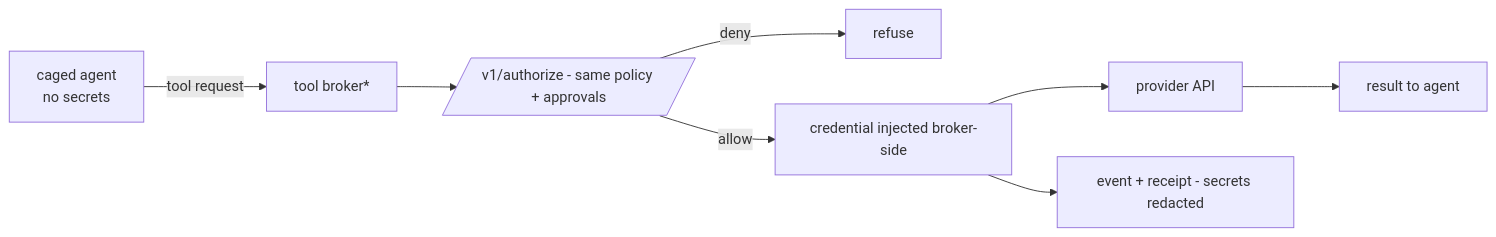
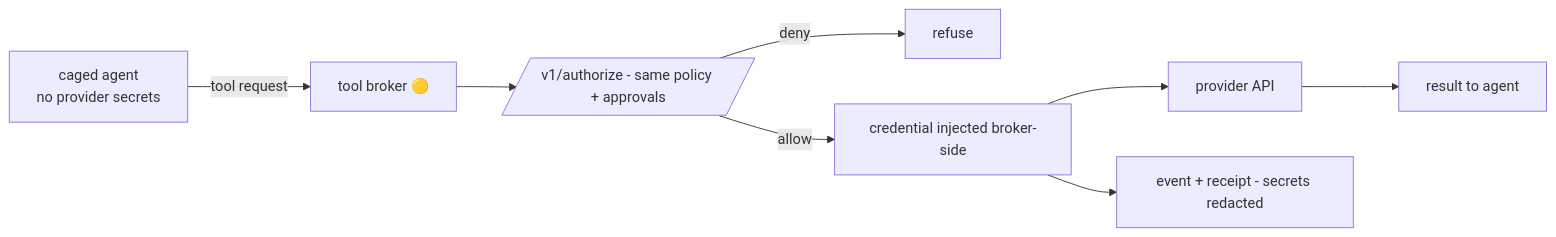
Before and after one commit to lavkushry/AegisAgent: the diagram in docs/flows/Tool_Broker_Flow.md, drawn with Mermaid. The commit also changed other lines of this file and 61 other files, not shown here.

````diff
--- a/docs/flows/Tool_Broker_Flow.md
+++ b/docs/flows/Tool_Broker_Flow.md
@@ -11,9 +11,9 @@
 ```mermaid
 flowchart LR
-    SB[caged agent<br/>no secrets] -->|tool request| TB[tool broker*]
+    SB[caged agent<br/>no provider secrets] -->|tool request| TB[tool broker 🟡]
     TB --> GW[/v1/authorize - same policy + approvals/]
     GW -->|deny| REF[refuse]
     GW -->|allow| INJ[credential injected broker-side]
     INJ --> API[provider API] --> RES[result to agent]
     INJ --> EV[event + receipt - secrets redacted]
 ```
````
